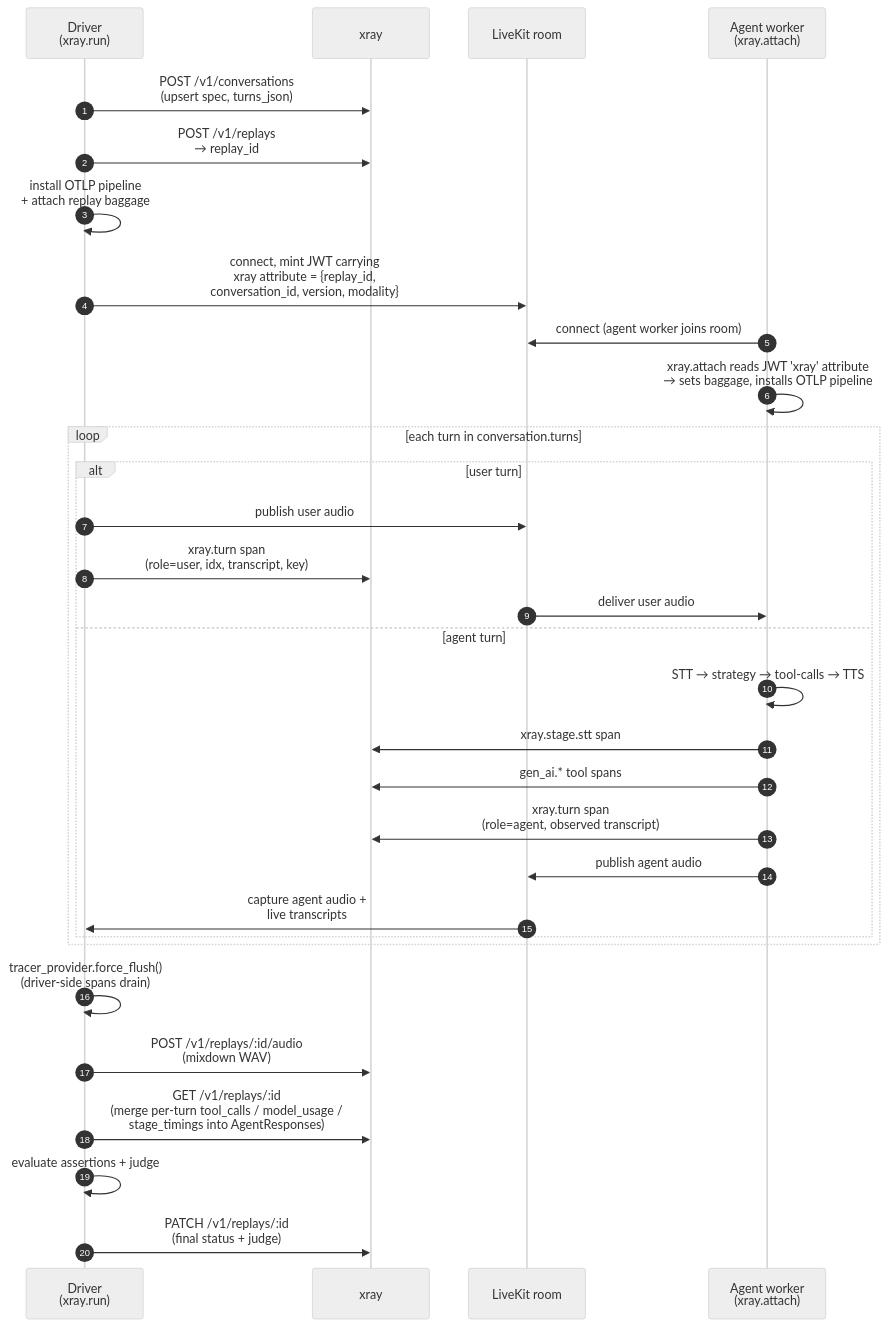
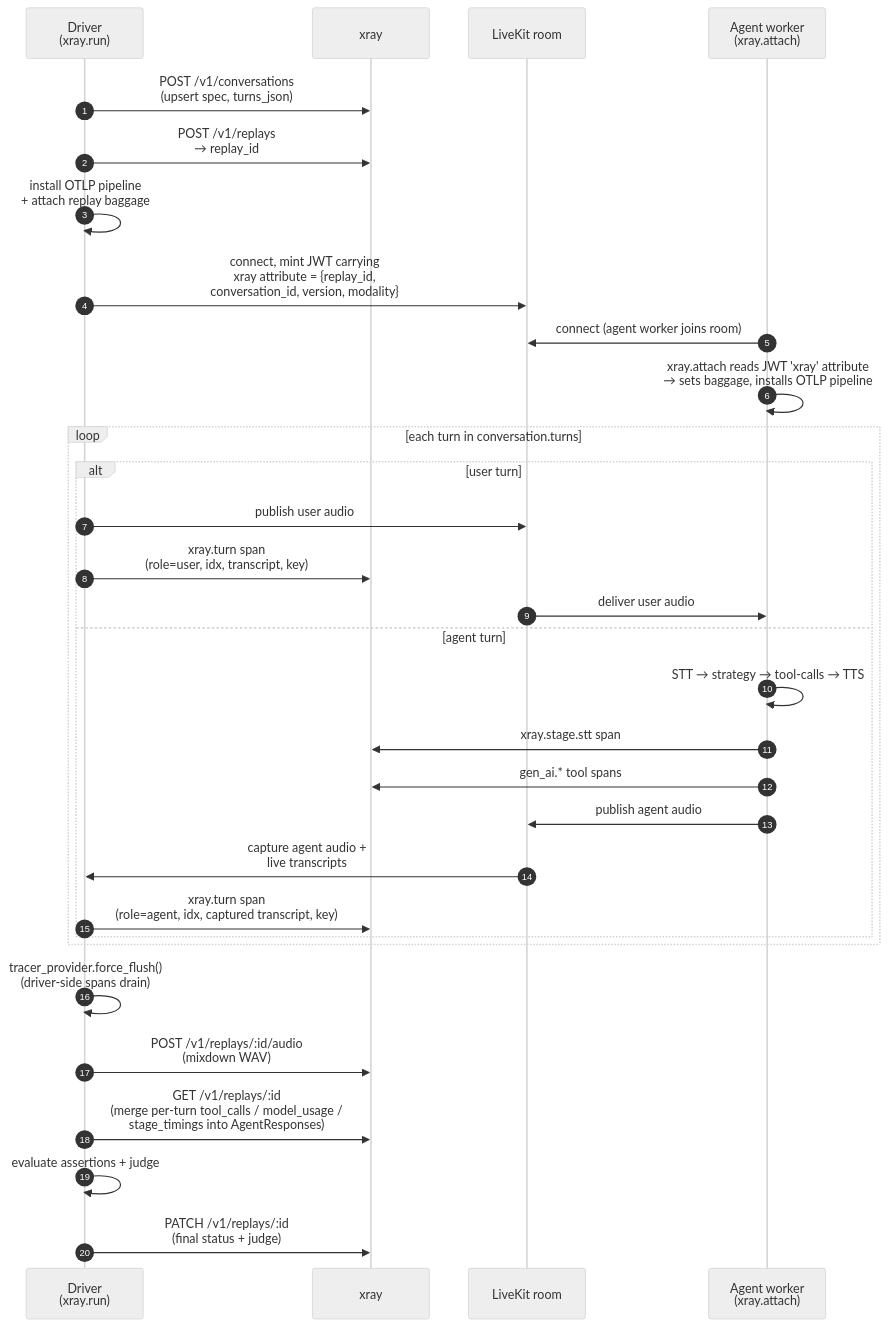
The third of 5 diagrams in docs/architecture.md (xray-eval/xray), drawn with Mermaid (neutral theme) before and after one commit. The commit also changed other lines of this file and 2 other files, not shown here.

````diff
--- a/docs/architecture.md
+++ b/docs/architecture.md
@@ -188,36 +192,36 @@
 ```mermaid
 sequenceDiagram
     autonumber
     participant D as Driver<br/>(xray.run)
     participant X as xray
     participant LK as LiveKit room
     participant A as Agent worker<br/>(xray.attach)
 
     D->>X: POST /v1/conversations<br/>(upsert spec, turns_json)
     D->>X: POST /v1/replays<br/>→ replay_id
     D->>D: install OTLP pipeline<br/>+ attach replay baggage
     D->>LK: connect, mint JWT carrying<br/>xray attribute = {replay_id,<br/>conversation_id, version, modality}
     A->>LK: connect (agent worker joins room)
     A->>A: xray.attach reads JWT 'xray' attribute<br/>→ sets baggage, installs OTLP pipeline
 
     loop each turn in conversation.turns
       alt user turn
         D->>LK: publish user audio
         D->>X: xray.turn span<br/>(role=user, idx, transcript, key)
         LK->>A: deliver user audio
       else agent turn
         A->>A: STT → strategy → tool-calls → TTS
         A->>X: xray.stage.stt span
         A->>X: gen_ai.* tool spans
-        A->>X: xray.turn span<br/>(role=agent, observed transcript)
         A->>LK: publish agent audio
         LK->>D: capture agent audio +<br/>live transcripts
+        D->>X: xray.turn span<br/>(role=agent, idx, captured transcript, key)
       end
     end
 
     D->>D: tracer_provider.force_flush()<br/>(driver-side spans drain)
     D->>X: POST /v1/replays/:id/audio<br/>(mixdown WAV)
     D->>X: GET /v1/replays/:id<br/>(merge per-turn tool_calls / model_usage /<br/>stage_timings into AgentResponses)
     D->>D: evaluate assertions + judge
     D->>X: PATCH /v1/replays/:id<br/>(final status + judge)
 ```
````
